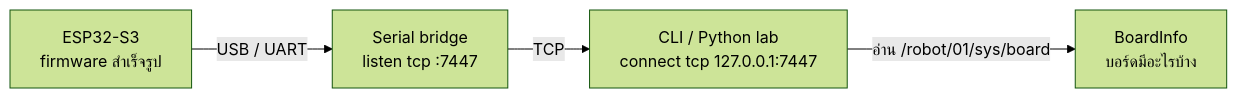
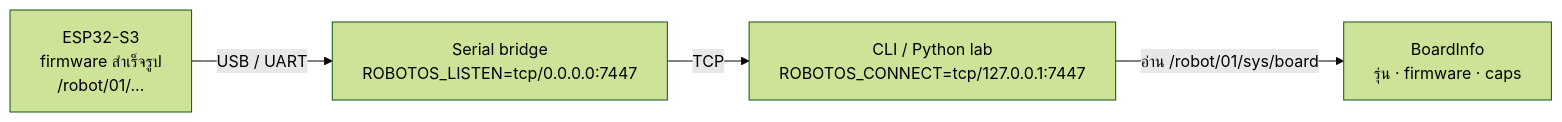
The sixth of 6 diagrams in nd3/04-onsite-robotos-workshop.md (Taopoon/kmutt-nd69-learning-notes), drawn with Mermaid (forest theme) before and after one commit. The commit also changed other lines of this file, not shown here.

````diff
--- a/nd3/04-onsite-robotos-workshop.md
+++ b/nd3/04-onsite-robotos-workshop.md
@@ -57,6 +199,6 @@
 ```mermaid
 flowchart LR
-    BOARD[ESP32-S3<br/>firmware สำเร็จรูป] -->|USB / UART| BRIDGE[Serial bridge<br/>listen tcp :7447]
-    BRIDGE -->|TCP| LAB[CLI / Python lab<br/>connect tcp 127.0.0.1:7447]
-    LAB -->|อ่าน /robot/01/sys/board| CAPS[BoardInfo<br/>บอร์ดมีอะไรบ้าง]
+    B[ESP32-S3<br/>firmware สำเร็จรูป<br/>/robot/01/...] -->|USB / UART| BR[Serial bridge<br/>ROBOTOS_LISTEN=tcp/0.0.0.0:7447]
+    BR -->|TCP| LAB[CLI / Python lab<br/>ROBOTOS_CONNECT=tcp/127.0.0.1:7447]
+    LAB -->|อ่าน /robot/01/sys/board| INFO[BoardInfo<br/>รุ่น · firmware · caps]
 ```
````
